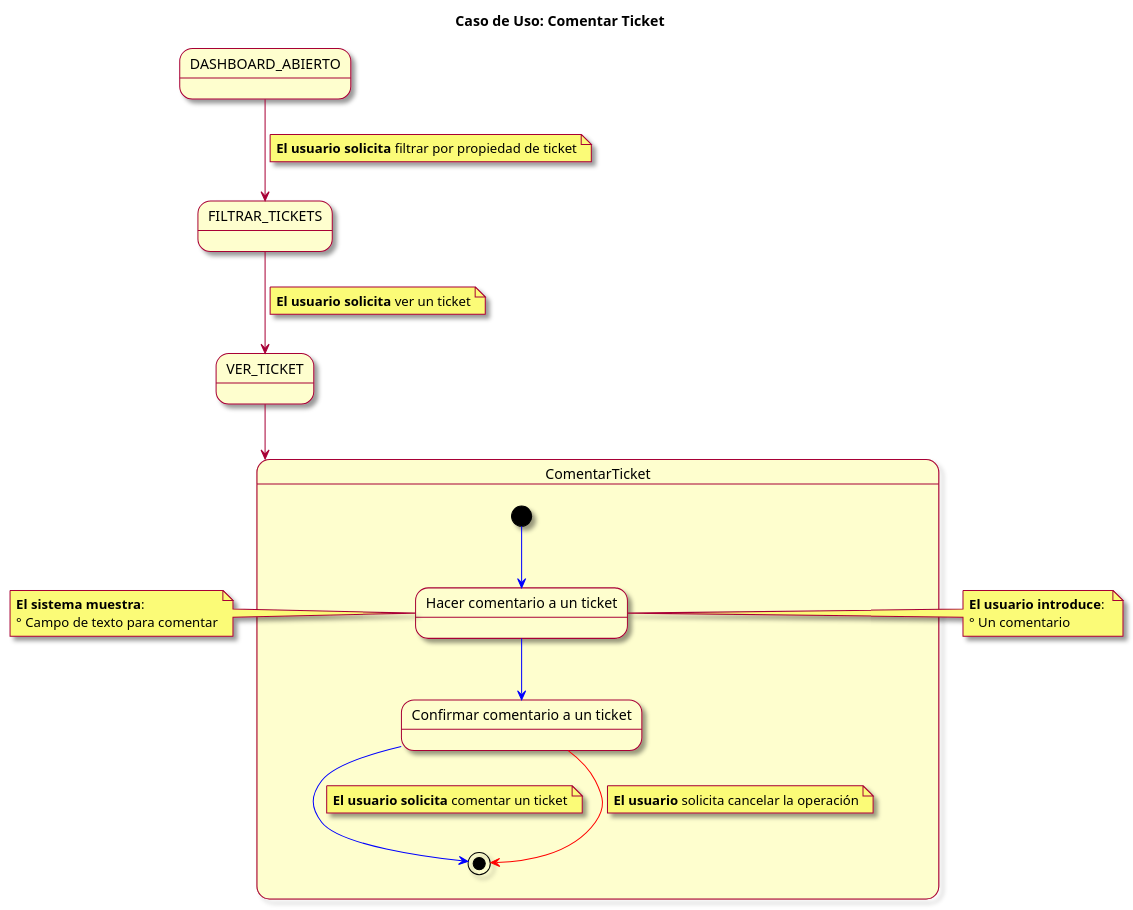
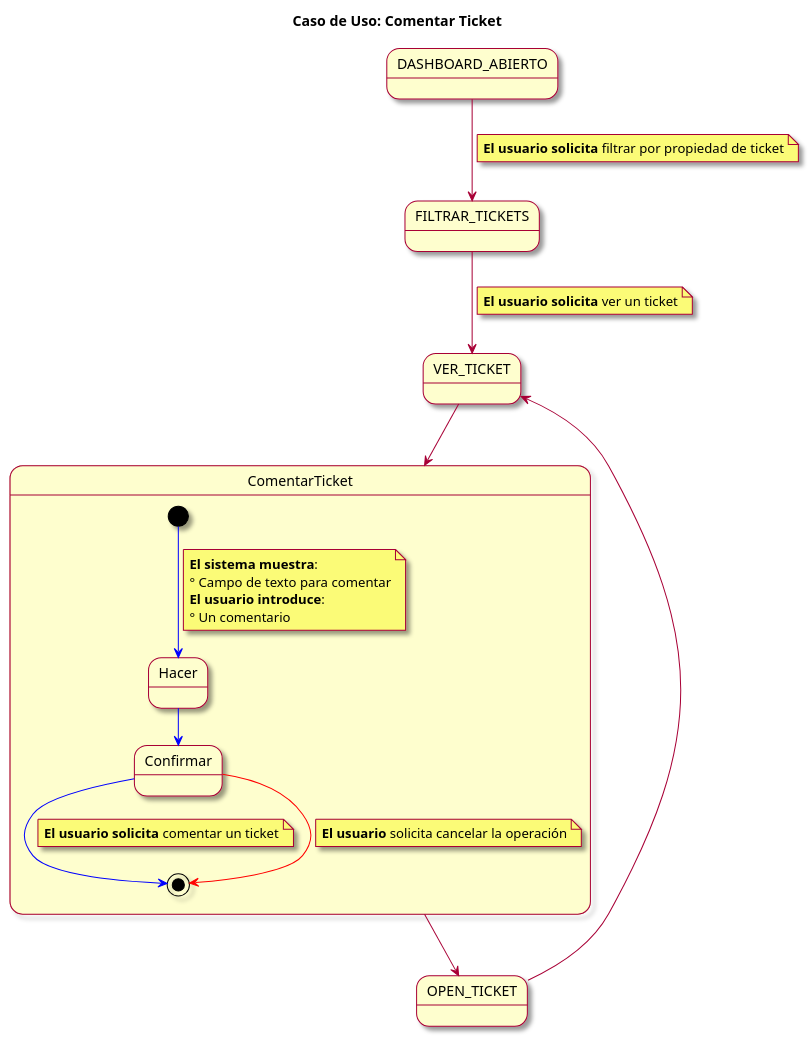
Before and after one commit to mmasias/23-24-IdSw1-SDR: the diagram in modelosUML/CasosDeUsos/CasosDetallados/ComentarTicket.puml, drawn with PlantUML.

Commit message:
cambios en ComentarTicket

```diff
--- a/modelosUML/CasosDeUsos/CasosDetallados/ComentarTicket.puml
+++ b/modelosUML/CasosDeUsos/CasosDetallados/ComentarTicket.puml
@@ -1,39 +1,40 @@
 @startuml
 skin rose
 title Caso de Uso: Comentar Ticket
 
 state DASHBOARD_ABIERTO
 state VER_TICKET
 state FILTRAR_TICKETS
+state OPEN_TICKET
 
 DASHBOARD_ABIERTO --> FILTRAR_TICKETS
 note on link: **El usuario solicita** filtrar por propiedad de ticket
 FILTRAR_TICKETS --> VER_TICKET
 note on link: **El usuario solicita** ver un ticket
 VER_TICKET --> ComentarTicket
+ComentarTicket --> OPEN_TICKET
+OPEN_TICKET --> VER_TICKET
 
 state ComentarTicket {
 
   [*] -[#blue]-> comentarTicket
-  state "Hacer comentario a un ticket" as comentarTicket
+note on link
+  **El sistema muestra**: 
+  ° Campo de texto para comentar
+  **El usuario introduce**: 
+  ° Un comentario
+end note
+  state "Hacer" as comentarTicket
   comentarTicket -[#blue]-> confirmarComentario
-  state "Confirmar comentario a un ticket" as confirmarComentario
+  state "Confirmar" as confirmarComentario
   confirmarComentario -[#blue]-> [*]
   note on link: **El usuario solicita** comentar un ticket
     
   confirmarComentario -[#red]-> [*]
   note on link: **El usuario** solicita cancelar la operación
     
 }
 
-note left of comentarTicket
-  **El sistema muestra**: 
-  ° Campo de texto para comentar
-end note
 
-note left of comentarTicket
-  **El usuario introduce**: 
-  ° Un comentario
-end note
 
 @enduml
```
